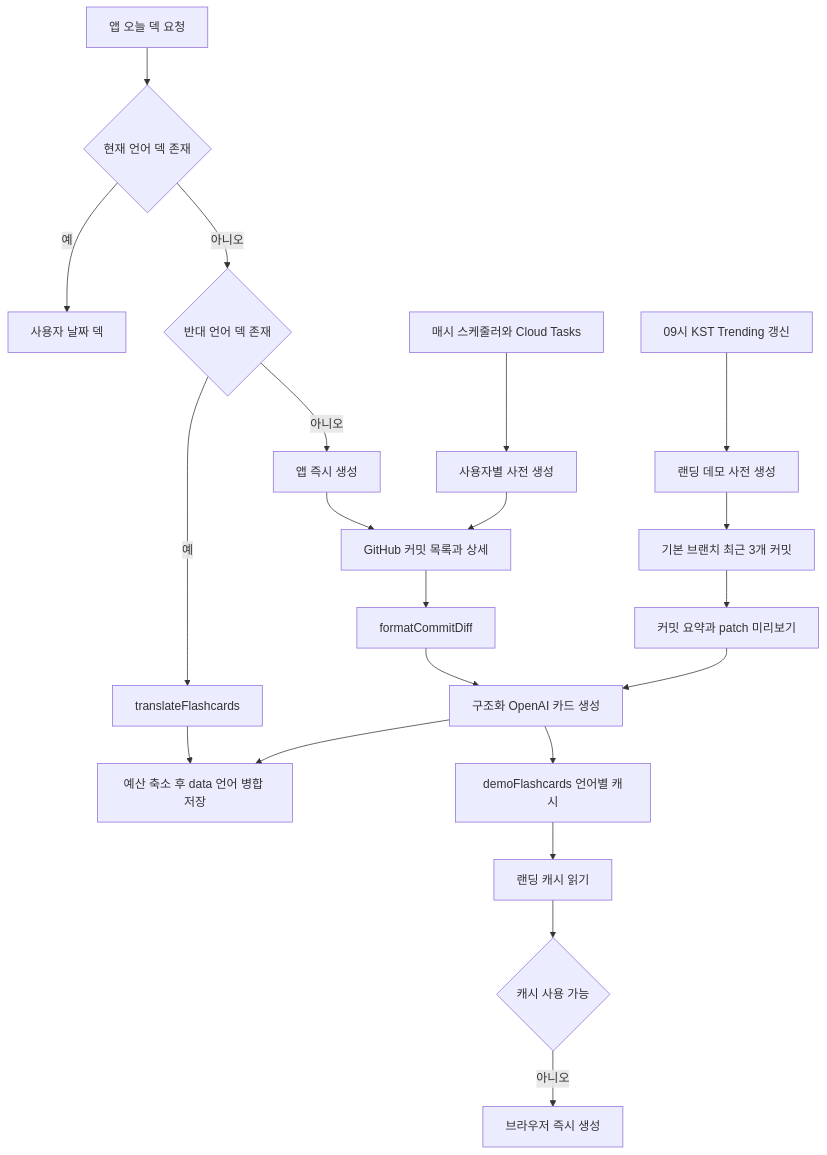
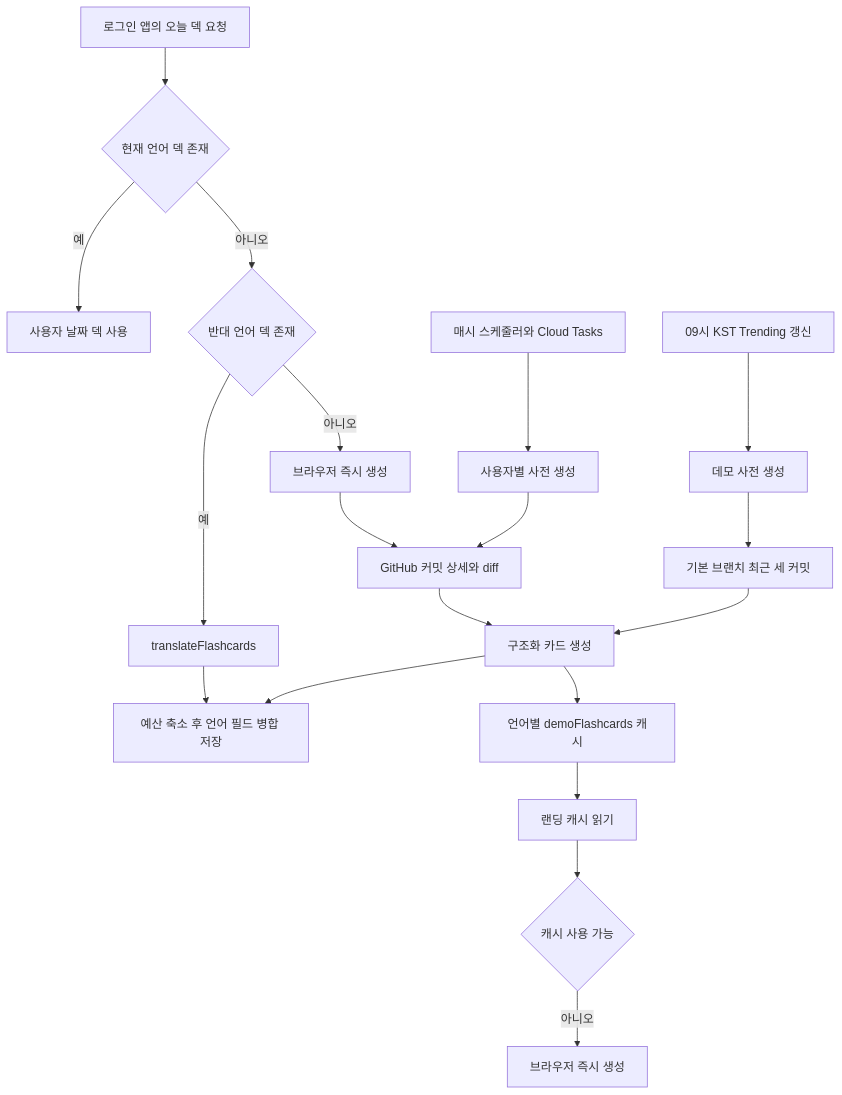
Before and after one commit to chucoding/code-recall: the first of 2 diagrams in openwiki/flashcard/generation-paths.md, drawn with Mermaid. The commit also changed other lines of this file and 25 other files, not shown here.

````diff
--- a/openwiki/flashcard/generation-paths.md
+++ b/openwiki/flashcard/generation-paths.md
@@ -51,23 +53,21 @@
 ```mermaid
 flowchart TD
-  App["앱 오늘 덱 요청"] --> ReadDeck{"현재 언어 덱 존재"}
-  ReadDeck -->|"예"| UserStore["사용자 날짜 덱"]
-  ReadDeck -->|"아니오"| OtherDeck{"반대 언어 덱 존재"}
-  OtherDeck -->|"예"| Translate["translateFlashcards"]
-  Translate --> Fit["예산 축소 후 data 언어 병합 저장"]
-  OtherDeck -->|"아니오"| Instant["앱 즉시 생성"]
-  Scheduler["매시 스케줄러와 Cloud Tasks"] --> PreGen["사용자별 사전 생성"]
-  Instant --> GitUser["GitHub 커밋 목록과 상세"]
-  PreGen --> GitUser
-  GitUser --> Diff["formatCommitDiff"]
-  Diff --> Generate["구조화 OpenAI 카드 생성"]
-  Generate --> Fit
-  Trending["09시 KST Trending 갱신"] --> DemoGen["랜딩 데모 사전 생성"]
-  DemoGen --> GitDemo["기본 브랜치 최근 3개 커밋"]
-  GitDemo --> DemoPrompt["커밋 요약과 patch 미리보기"]
-  DemoPrompt --> Generate
-  Generate --> DemoStore["demoFlashcards 언어별 캐시"]
+  App["로그인 앱의 오늘 덱 요청"] --> Current{"현재 언어 덱 존재"}
+  Current -->|"예"| UserDeck["사용자 날짜 덱 사용"]
+  Current -->|"아니오"| Other{"반대 언어 덱 존재"}
+  Other -->|"예"| Translate["translateFlashcards"]
+  Translate --> UserSave["예산 축소 후 언어 필드 병합 저장"]
+  Other -->|"아니오"| Instant["브라우저 즉시 생성"]
+  Scheduler["매시 스케줄러와 Cloud Tasks"] --> Pregen["사용자별 사전 생성"]
+  Instant --> GitUser["GitHub 커밋 상세와 diff"]
+  Pregen --> GitUser
+  GitUser --> Model["구조화 카드 생성"]
+  Model --> UserSave
+  Trending["09시 KST Trending 갱신"] --> DemoGen["데모 사전 생성"]
+  DemoGen --> GitDemo["기본 브랜치 최근 세 커밋"]
+  GitDemo --> Model
+  Model --> DemoStore["언어별 demoFlashcards 캐시"]
   DemoStore --> Landing["랜딩 캐시 읽기"]
-  Landing --> CacheMiss{"캐시 사용 가능"}
-  CacheMiss -->|"아니오"| DemoFallback["브라우저 즉시 생성"]
+  Landing --> Cache{"캐시 사용 가능"}
+  Cache -->|"아니오"| Fallback["브라우저 즉시 생성"]
 ```
````
